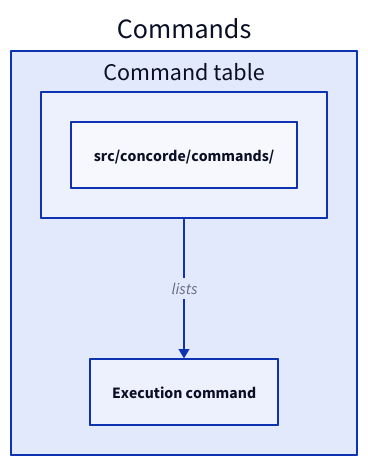
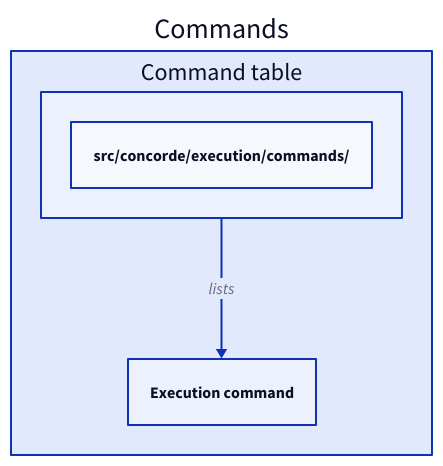
One commit to FTOD/concorde changed the first of 2 diagrams in specs/concorde/execution/commands/module.md. Above: the diagram before and after it, drawn with D2. The commit also changed other lines of this file and 224 other files, not shown here.

````diff
--- a/specs/concorde/execution/commands/module.md
+++ b/specs/concorde/execution/commands/module.md
@@ -64,9 +64,9 @@
 ```d2
 commands: Commands {
   command: Execution command
   table: Command table {
-    "src/concorde/commands/"
+    "src/concorde/execution/commands/"
   }
   table -> command: lists
 }
 ```
````
